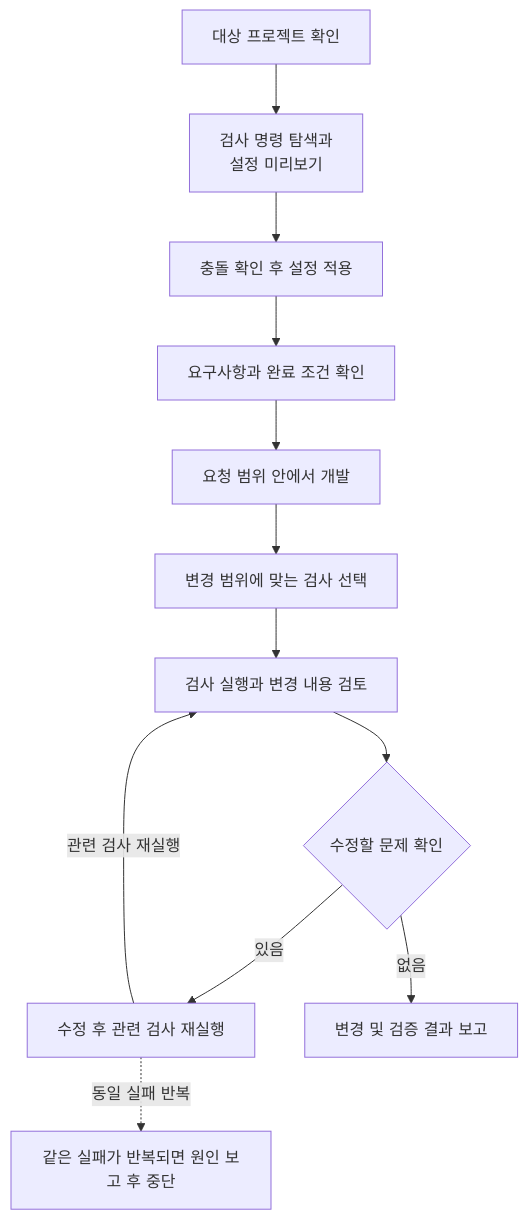
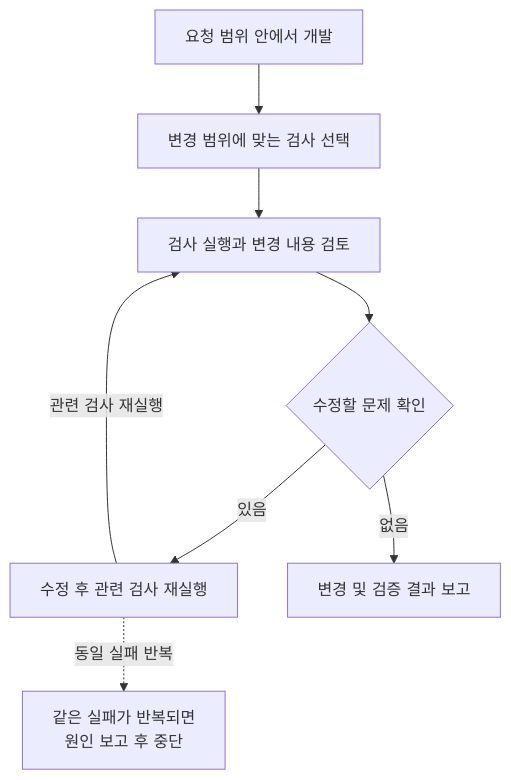
One commit to KimHG1995/work-history changed the second of 2 diagrams in projects/ai-development-setup/codex-quality.md. Above: the diagram before and after it, drawn with Mermaid. The commit also changed other lines of this file and 9 other files, not shown here.

Commit message:
docs: 공개 Mermaid 흐름을 단계별로 나눠 가독성 개선

````diff
--- a/projects/ai-development-setup/codex-quality.md
+++ b/projects/ai-development-setup/codex-quality.md
@@ -71,14 +89,18 @@
 ```mermaid
-flowchart TD
-    target["대상 프로젝트 확인"] --> detect["검사 명령 탐색과<br/>설정 미리보기"]
-    detect --> apply["충돌 확인 후 설정 적용"]
-    apply --> task["요구사항과 완료 조건 확인"]
-    task --> implement["요청 범위 안에서 개발"]
-    implement --> plan["변경 범위에 맞는 검사 선택"]
-    plan --> run["검사 실행과 변경 내용 검토"]
-    run --> decision{"수정할 문제 확인"}
-    decision -->|있음| fix["수정 후 관련 검사 재실행"]
+flowchart TB
+    implement["요청 범위 안에서 개발"]
+    plan["변경 범위에 맞는 검사 선택"]
+    run["검사 실행과 변경 내용 검토"]
+    decision{"수정할 문제 확인"}
+    fix["수정 후 관련 검사 재실행"]
+    report["변경 및 검증 결과 보고"]
+    blocked["같은 실패가 반복되면<br/>원인 보고 후 중단"]
+
+    implement --> plan
+    plan --> run
+    run --> decision
+    decision -->|있음| fix
     fix -->|관련 검사 재실행| run
-    decision -->|없음| report["변경 및 검증 결과 보고"]
-    fix -.->|동일 실패 반복| blocked["같은 실패가 반복되면 원인 보고 후 중단"]
+    decision -->|없음| report
+    fix -.->|동일 실패 반복| blocked
 ```
````
